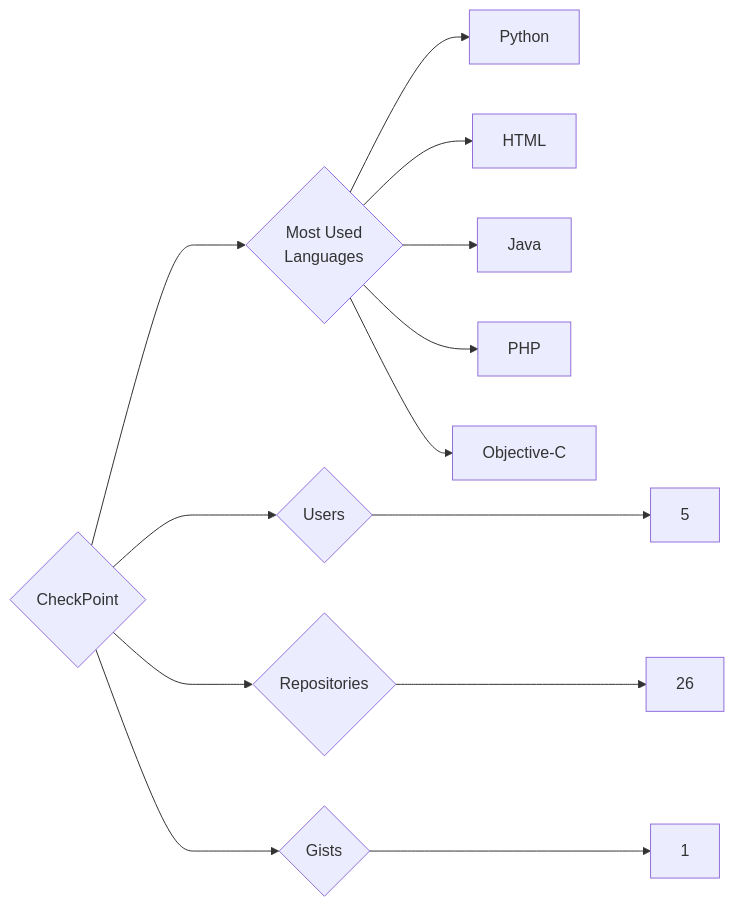
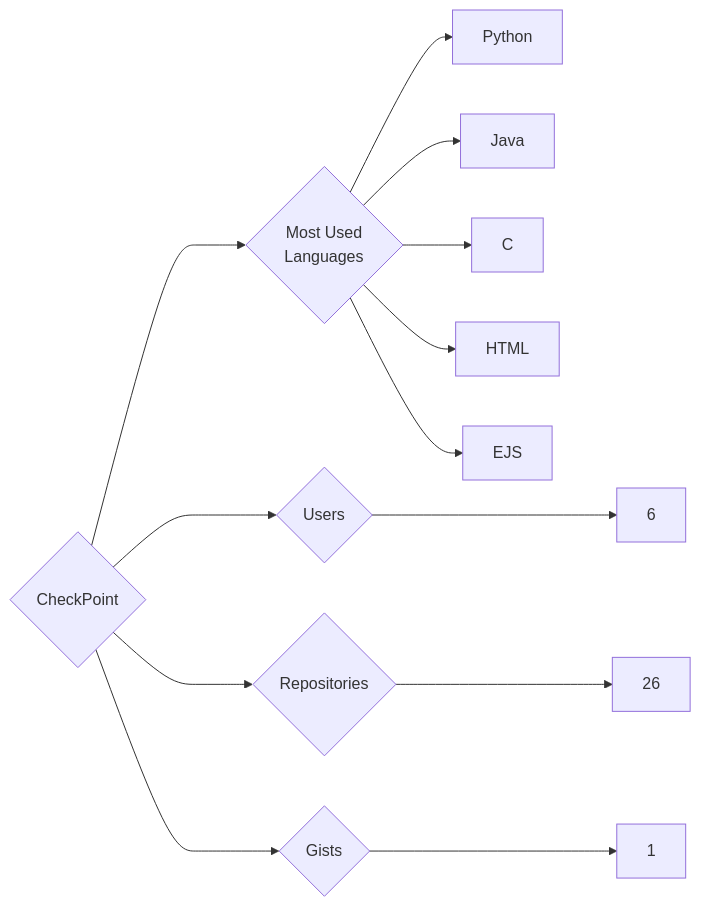
One commit to trickest/insiders changed the diagram in targets/CheckPoint/README.md. Above: the diagram before and after it, drawn with Mermaid. The commit also changed 614 other files, not shown here.

````diff
--- a/targets/CheckPoint/README.md
+++ b/targets/CheckPoint/README.md
@@ -3,13 +3,13 @@
 ```mermaid
 graph LR
 COMPANY_NAME{CheckPoint}
-COMPANY_NAME ---> U{Users} ---> UN[5]
+COMPANY_NAME ---> U{Users} ---> UN[6]
 COMPANY_NAME ---> R{Repositories} ---> RN[26]
 COMPANY_NAME ---> G{Gists} ---> GN[1]
 COMPANY_NAME ---> ML{Most Used<br>Languages}
 ML --> Python[Python]
+ML --> Java[Java]
+ML --> C[C]
 ML --> HTML[HTML]
-ML --> Java[Java]
-ML --> PHP[PHP]
-ML --> Objective-C[Objective-C]
+ML --> EJS[EJS]
 ```
````
